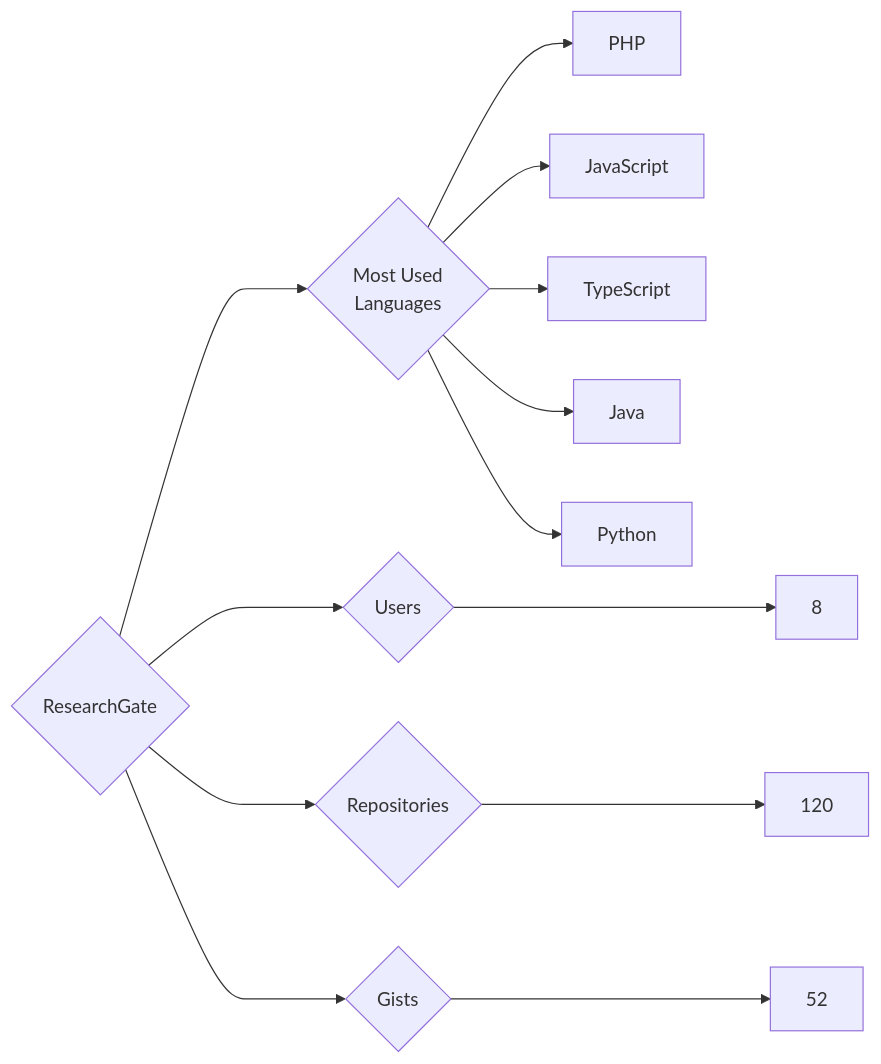
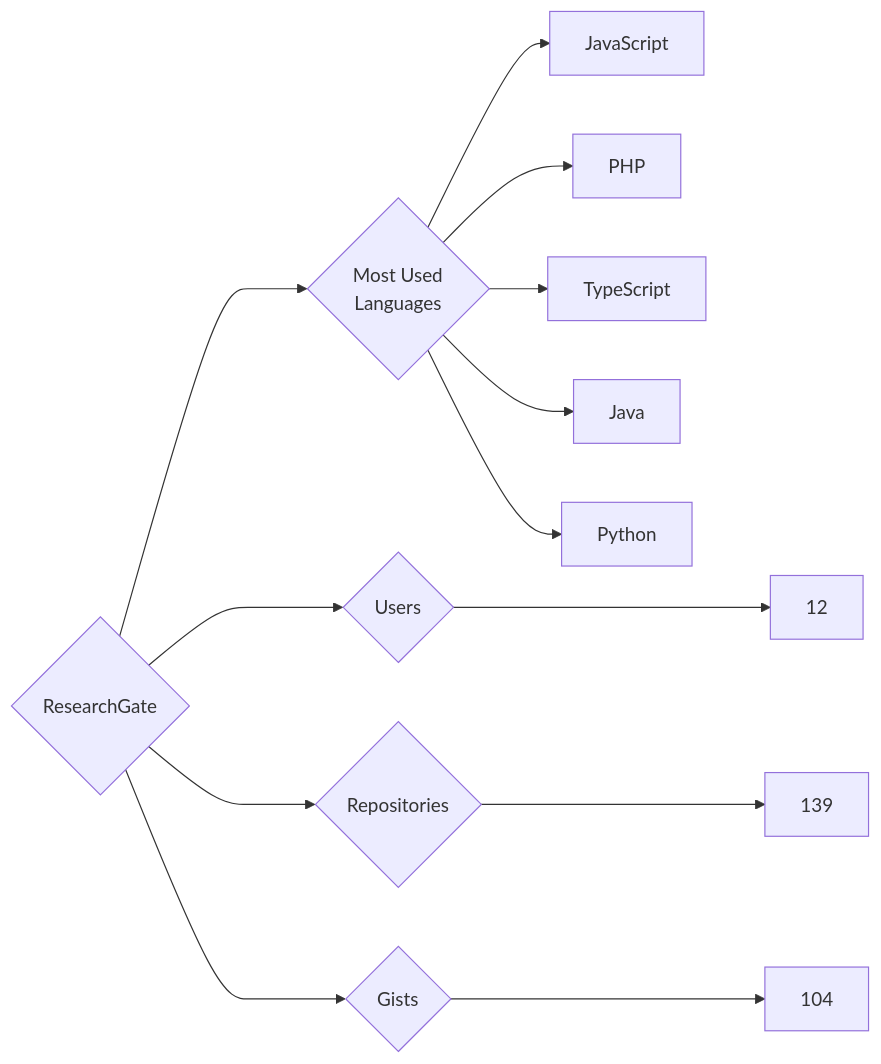
Before and after one commit to trickest/insiders: the diagram in targets/ResearchGate/README.md, drawn with Mermaid. The commit also changed 1696 other files, not shown here.

````diff
--- a/targets/ResearchGate/README.md
+++ b/targets/ResearchGate/README.md
@@ -3,13 +3,13 @@
 ```mermaid
 graph LR
 COMPANY_NAME{ResearchGate}
-COMPANY_NAME ---> U{Users} ---> UN[8]
-COMPANY_NAME ---> R{Repositories} ---> RN[120]
-COMPANY_NAME ---> G{Gists} ---> GN[52]
+COMPANY_NAME ---> U{Users} ---> UN[12]
+COMPANY_NAME ---> R{Repositories} ---> RN[139]
+COMPANY_NAME ---> G{Gists} ---> GN[104]
 COMPANY_NAME ---> ML{Most Used<br>Languages}
+ML --> JavaScript[JavaScript]
 ML --> PHP[PHP]
-ML --> JavaScript[JavaScript]
 ML --> TypeScript[TypeScript]
 ML --> Java[Java]
 ML --> Python[Python]
 ```
````
